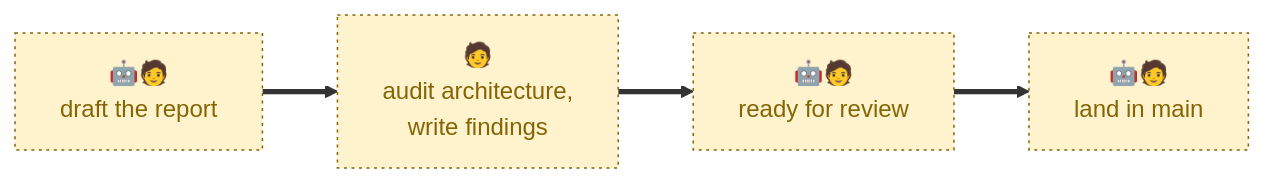
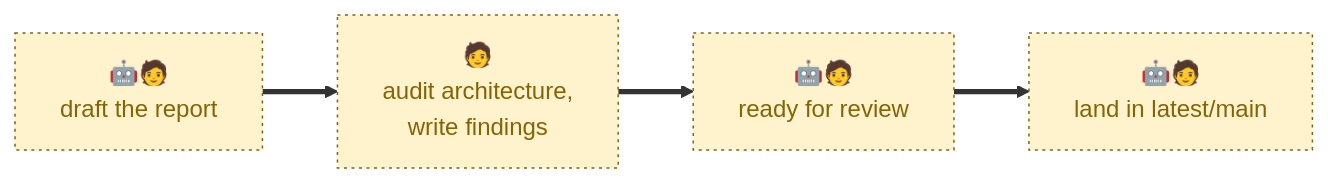
Before and after one commit to kieranpotts/audits: the diagram in .agents/skills/complete-audit/README.md, drawn with Mermaid. The commit also changed other lines of this file and 13 other files, not shown here.

````diff
--- a/.agents/skills/complete-audit/README.md
+++ b/.agents/skills/complete-audit/README.md
@@ -53,18 +53,18 @@
 ```mermaid
 flowchart LR
   %% Node labels and classes.
   draft["🤖🧑<br/>draft the report"]:::anthropic
   write["🧑<br/>audit architecture,<br/>write findings"]:::anthropic
   review["🤖🧑<br/>ready for review"]:::anthropic
-  complete["🤖🧑<br/>land in main"]:::anthropic
+  complete["🤖🧑<br/>land in latest/main"]:::anthropic
 
   %% Main workflow sequence.
   draft ==> write
   write ==> review
   review ==> complete
 
   %% Class definitions.
   classDef agentic fill:#cce5ff,stroke:#004085,color:#004085,stroke-width:2px
   classDef scripted fill:#e2e3e5,stroke:#4b5157,color:#383d41,stroke-width:2px
   classDef anthropic fill:#fff3cd,stroke:#856404,color:#856404,stroke-width:1px,stroke-dasharray:2 3
 ```
````
